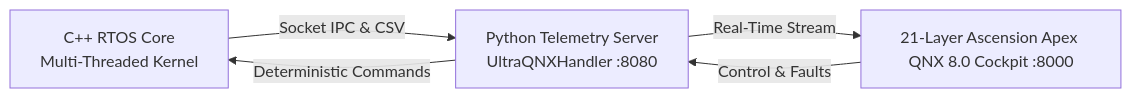
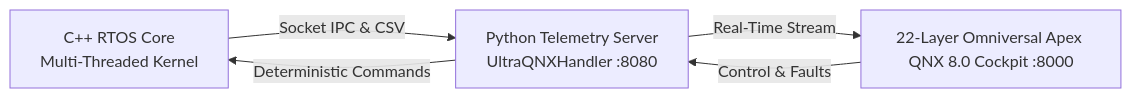
Before and after one commit to shaikhabdul2015-max/qnx-hackathon-project: the diagram in README.md, drawn with Mermaid. The commit also changed other lines of this file and 1 other file, not shown here.

Commit message:
Add Layer 22 Omniversal Apex: Sub-Surface Road-Void Radar and Carbon-Credit Ledger

````diff
--- a/README.md
+++ b/README.md
@@ -9,7 +9,7 @@
 ```mermaid
 graph LR
     A[C++ RTOS Core<br/>Multi-Threaded Kernel] -->|Socket IPC & CSV| B[Python Telemetry Server<br/>UltraQNXHandler :8080]
-    B -->|Real-Time Stream| C[21-Layer Ascension Apex QNX 8.0 Cockpit :8000]
+    B -->|Real-Time Stream| C[22-Layer Omniversal Apex QNX 8.0 Cockpit :8000]
     C -->|Control & Faults| B
     B -->|Deterministic Commands| A
 ```
````
